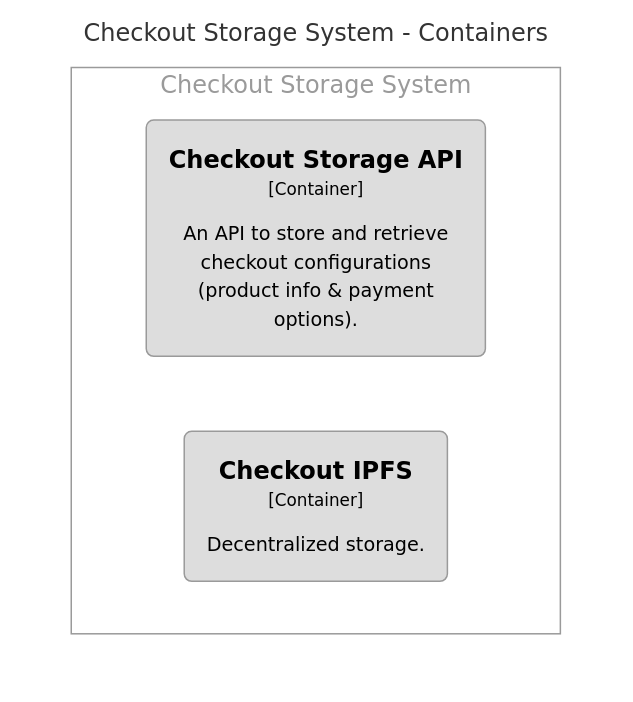
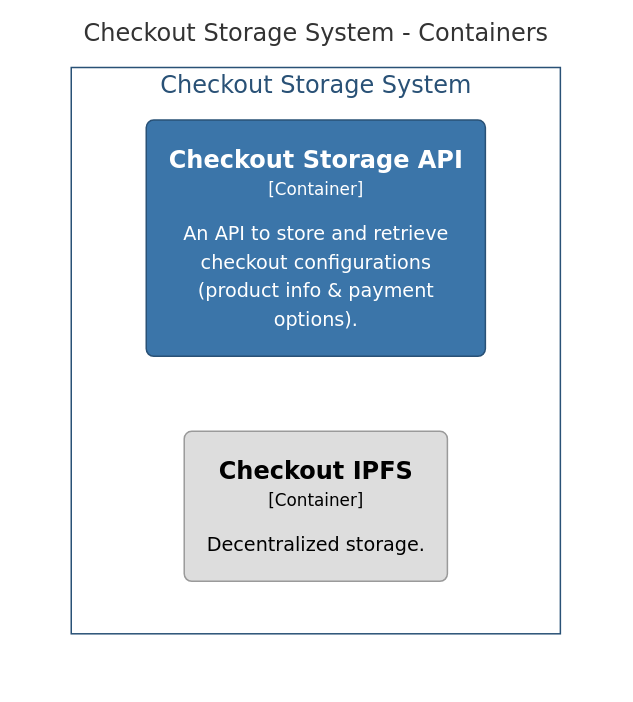
The diagram in architecture/diagrams/structurizr-CheckoutStorageSystem.mmd (superfluid-finance/widget), drawn with Mermaid before and after one commit. The commit also changed 13 other files, not shown here.

```diff
--- a/architecture/diagrams/structurizr-CheckoutStorageSystem.mmd
+++ b/architecture/diagrams/structurizr-CheckoutStorageSystem.mmd
@@ -1,16 +1,16 @@
 graph TB
   linkStyle default fill:#ffffff
 
   subgraph diagram [Checkout Storage System - Containers]
     style diagram fill:#ffffff,stroke:#ffffff
 
-    subgraph 25 [Checkout Storage System]
-      style 25 fill:#ffffff,stroke:#9a9a9a,color:#9a9a9a
+    subgraph 32 [Checkout Storage System]
+      style 32 fill:#ffffff,stroke:#295176,color:#295176
 
-      26("<div style='font-weight: bold'>Checkout Storage API</div><div style='font-size: 70%; margin-top: 0px'>[Container]</div><div style='font-size: 80%; margin-top:10px'>An API to store and retrieve<br />checkout configurations<br />(product info & payment<br />options).</div>")
-      style 26 fill:#dddddd,stroke:#9a9a9a,color:#000000
-      27("<div style='font-weight: bold'>Checkout IPFS</div><div style='font-size: 70%; margin-top: 0px'>[Container]</div><div style='font-size: 80%; margin-top:10px'>Decentralized storage.</div>")
-      style 27 fill:#dddddd,stroke:#9a9a9a,color:#000000
+      33("<div style='font-weight: bold'>Checkout Storage API</div><div style='font-size: 70%; margin-top: 0px'>[Container]</div><div style='font-size: 80%; margin-top:10px'>An API to store and retrieve<br />checkout configurations<br />(product info & payment<br />options).</div>")
+      style 33 fill:#3b75a9,stroke:#295176,color:#ffffff
+      34("<div style='font-weight: bold'>Checkout IPFS</div><div style='font-size: 70%; margin-top: 0px'>[Container]</div><div style='font-size: 80%; margin-top:10px'>Decentralized storage.</div>")
+      style 34 fill:#dddddd,stroke:#9a9a9a,color:#000000
     end
 
   end
```
